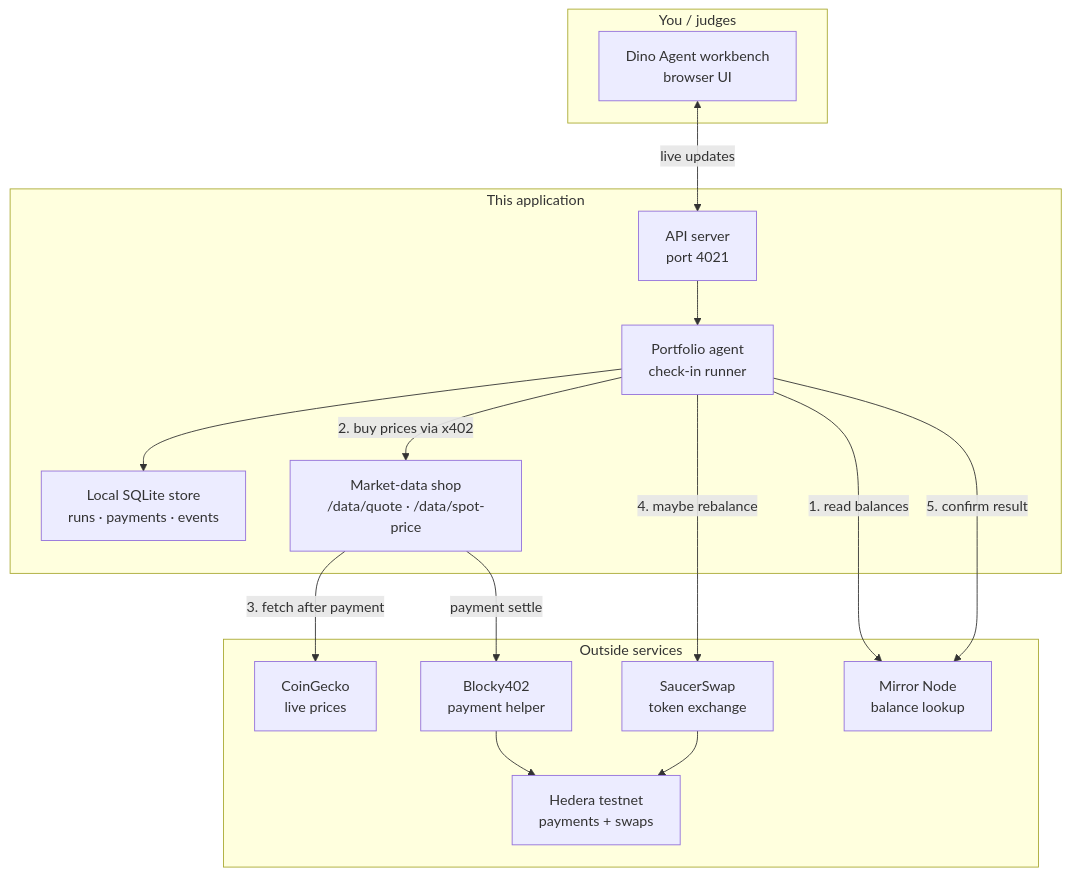
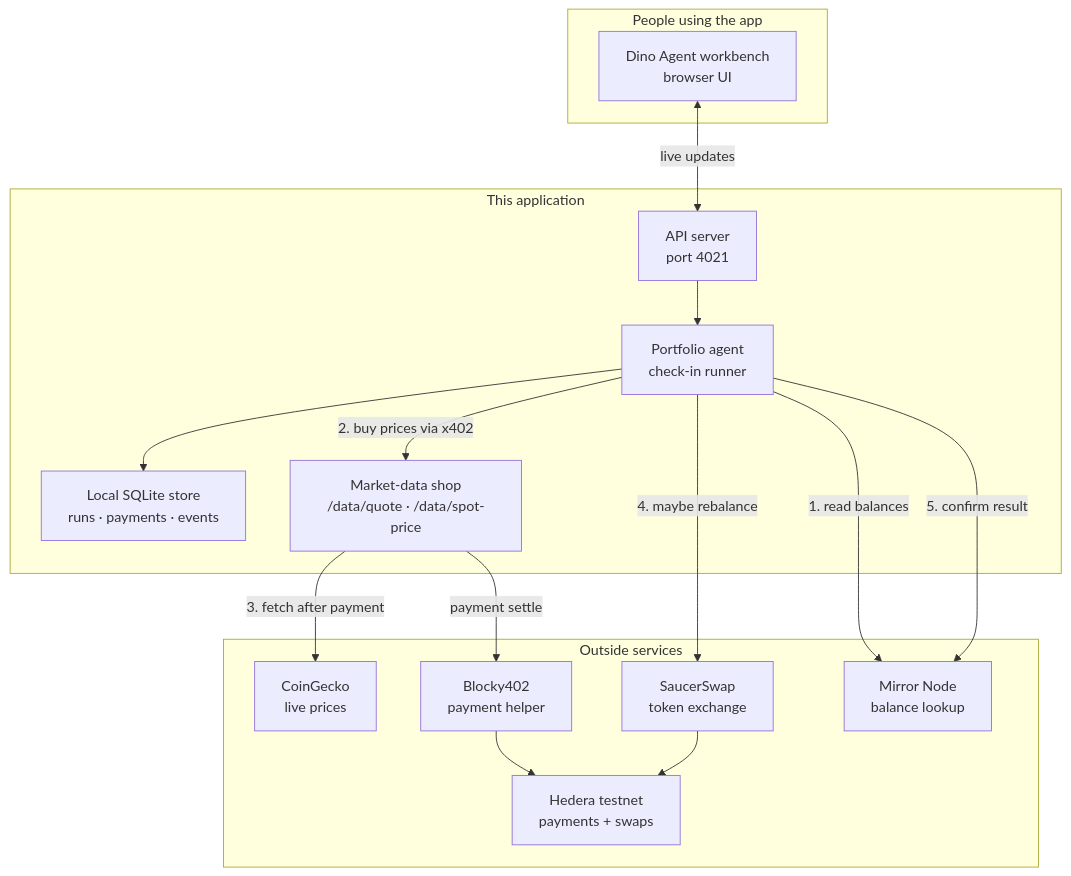
The first of 2 diagrams in README.md (fadexadex/dino-x402), drawn with Mermaid before and after one commit. The commit also changed other lines of this file and 8 other files, not shown here.

````diff
--- a/README.md
+++ b/README.md
@@ -103,33 +115,33 @@
 ```mermaid
 flowchart TB
-  subgraph People["You / judges"]
+  subgraph People["People using the app"]
     UI["Dino Agent workbench<br/>browser UI"]
   end
 
   subgraph App["This application"]
     API["API server<br/>port 4021"]
     AGENT["Portfolio agent<br/>check-in runner"]
     STORE["Local SQLite store<br/>runs · payments · events"]
     DATA["Market-data shop<br/>/data/quote · /data/spot-price"]
   end
 
   subgraph Outside["Outside services"]
     CG["CoinGecko<br/>live prices"]
     FAC["Blocky402<br/>payment helper"]
     HED["Hedera testnet<br/>payments + swaps"]
     DEX["SaucerSwap<br/>token exchange"]
     MIR["Mirror Node<br/>balance lookup"]
   end
 
   UI <-->|"live updates"| API
   API --> AGENT
   AGENT --> STORE
   AGENT -->|"1. read balances"| MIR
   AGENT -->|"2. buy prices via x402"| DATA
   DATA -->|"3. fetch after payment"| CG
   DATA -->|"payment settle"| FAC
   FAC --> HED
   AGENT -->|"4. maybe rebalance"| DEX
   DEX --> HED
   AGENT -->|"5. confirm result"| MIR
 ```
````
